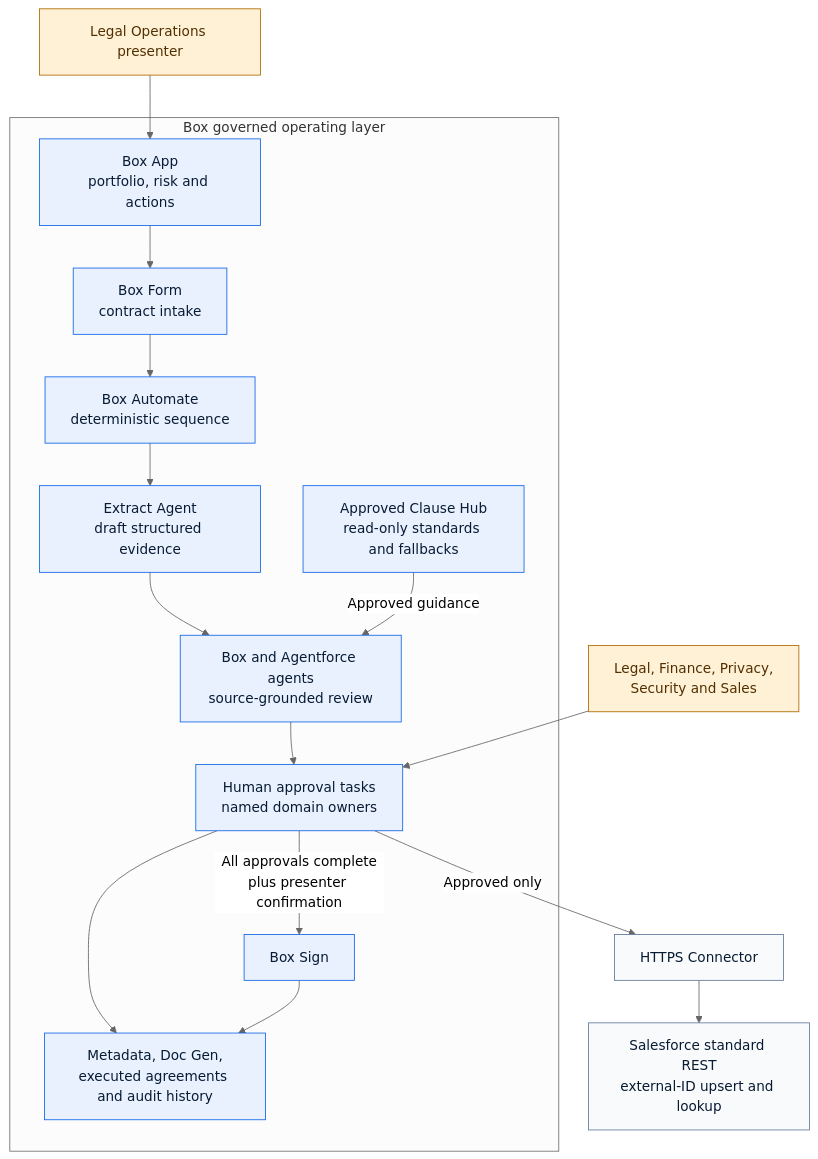
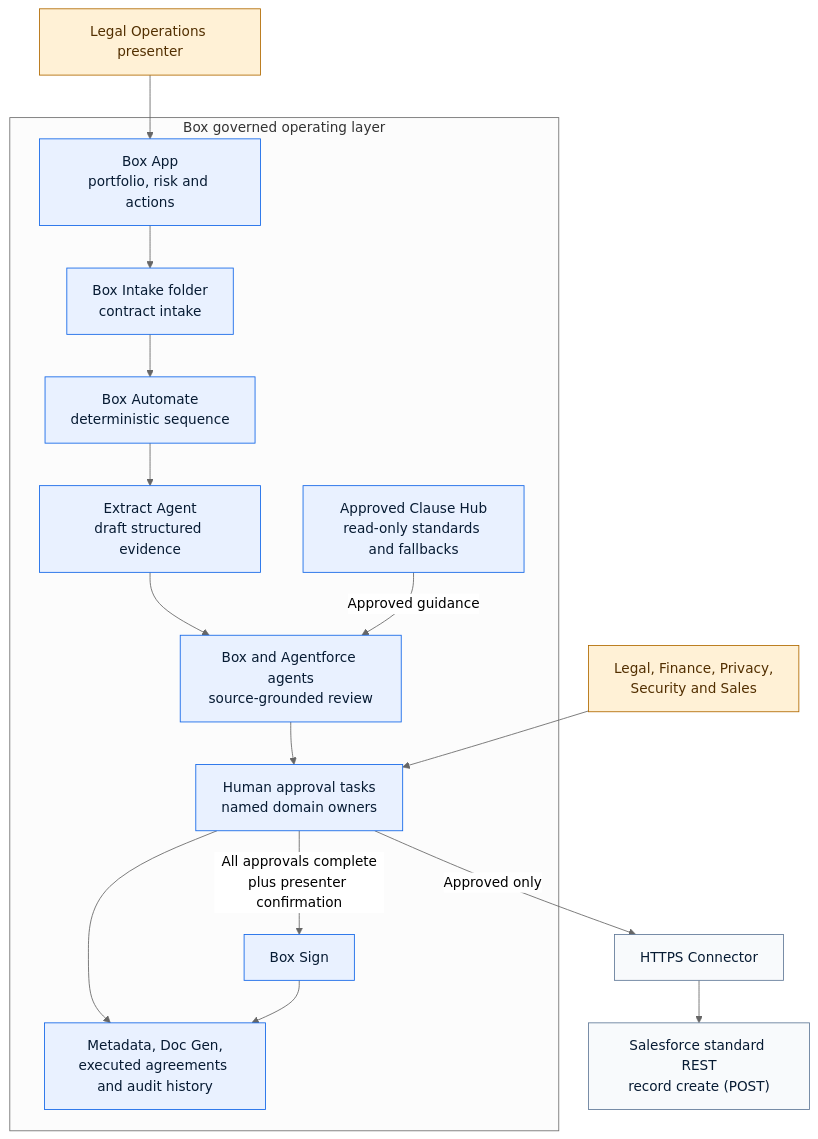
One commit to unofficialbox/box-bedrock-for-clm changed the diagram in docs/diagrams/box-automate-agentic-orchestration-architecture.mmd. Above: the diagram before and after it, drawn with Mermaid (neutral theme). The commit also changed 35 other files, not shown here.

First line of the commit message:
Sweep docs and diagrams to the metadata-triggered intake

```diff
--- a/docs/diagrams/box-automate-agentic-orchestration-architecture.mmd
+++ b/docs/diagrams/box-automate-agentic-orchestration-architecture.mmd
@@ -1,25 +1,25 @@
 flowchart TB
     Presenter["Legal Operations presenter"] --> App["Box App<br/>portfolio, risk and actions"]
 
     subgraph Box["Box governed operating layer"]
-        App --> Form["Box Form<br/>contract intake"]
-        Form --> Automate["Box Automate<br/>deterministic sequence"]
+        App --> Intake["Box Intake folder<br/>contract intake"]
+        Intake --> Automate["Box Automate<br/>deterministic sequence"]
         Automate --> Extract["Extract Agent<br/>draft structured evidence"]
         Extract --> Agents["Box and Agentforce agents<br/>source-grounded review"]
         Hub["Approved Clause Hub<br/>read-only standards and fallbacks"] -->|"Approved guidance"| Agents
         Agents --> Tasks["Human approval tasks<br/>named domain owners"]
         Tasks --> Content["Metadata, Doc Gen,<br/>executed agreements and audit history"]
         Tasks -->|"All approvals complete<br/>plus presenter confirmation"| Sign["Box Sign"]
         Sign --> Content
     end
 
     Tasks -->|"Approved only"| Connector["HTTPS Connector"]
-    Connector --> Salesforce["Salesforce standard REST<br/>external-ID upsert and lookup"]
+    Connector --> Salesforce["Salesforce standard REST<br/>record create (POST)"]
     Humans["Legal, Finance, Privacy,<br/>Security and Sales"] --> Tasks
 
     classDef box fill:#e9f1ff,stroke:#1166e8,color:#071b33
     classDef system fill:#f8fafc,stroke:#627a98,color:#071b33
     classDef human fill:#fff1d6,stroke:#b16a00,color:#522f00
-    class App,Form,Automate,Extract,Agents,Tasks,Hub,Content,Sign box
+    class App,Intake,Automate,Extract,Agents,Tasks,Hub,Content,Sign box
     class Connector,Salesforce system
     class Presenter,Humans human
```
